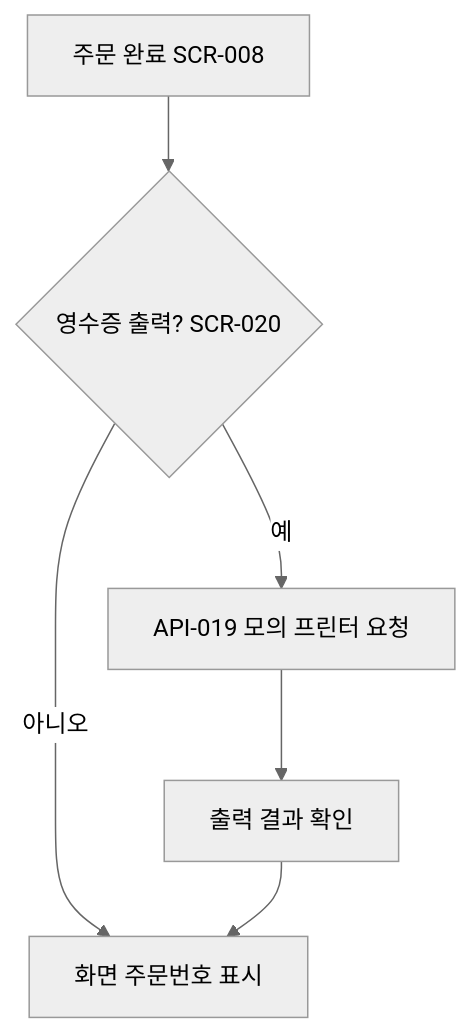
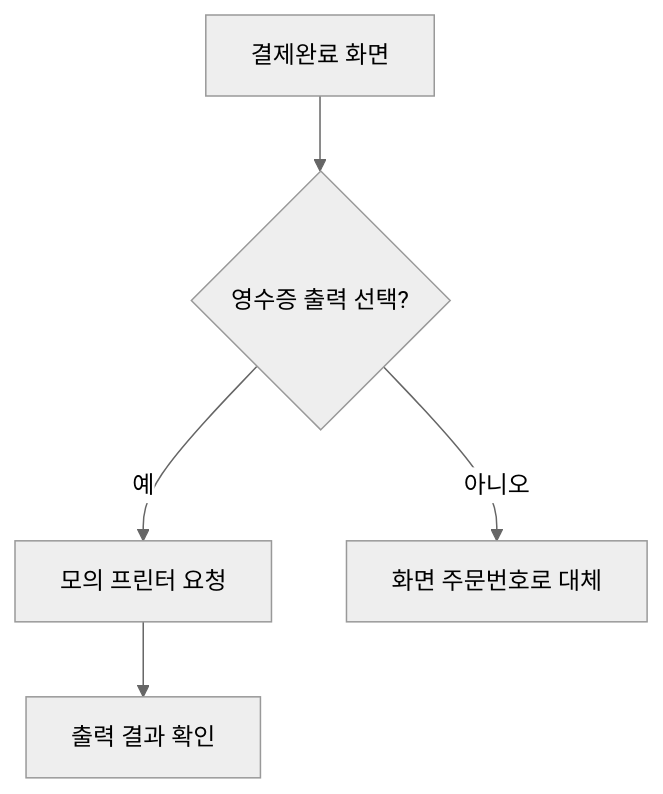
One commit to hagenie128/ASAK changed diagram 16 of 25 in docs/wiki/user-scenarios.md. Above: the diagram before and after it, drawn with Mermaid (neutral theme). The commit also changed other lines of this file and 241 other files, not shown here.

````diff
--- a/docs/wiki/user-scenarios.md
+++ b/docs/wiki/user-scenarios.md
@@ -254,8 +252,7 @@
 ```mermaid
 flowchart TD
-    A[주문 완료 SCR-008] --> B{영수증 출력? SCR-020}
-    B -->|예| C[API-019 모의 프린터 요청]
-    B -->|아니오| D[화면 주문번호 표시]
+    A[결제완료 화면] --> B{영수증 출력 선택?}
+    B -->|예| C[모의 프린터 요청]
+    B -->|아니오| D[화면 주문번호로 대체]
     C --> E[출력 결과 확인]
-    E --> D
 ```
````
